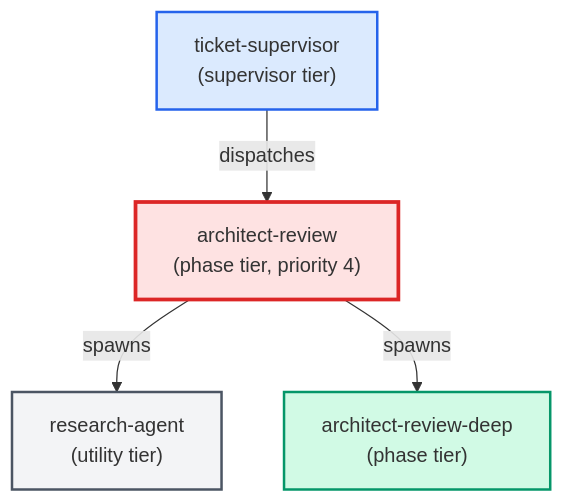
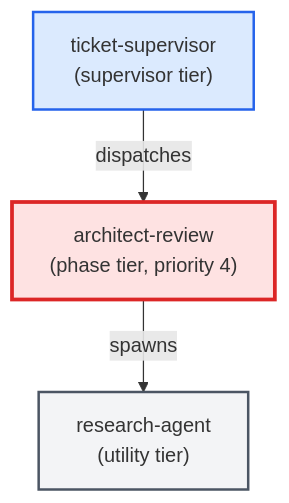
The diagram in docs/agents/cards/architect-review.card.md (urlmonitor/leafcutter-ai), drawn with Mermaid before and after one commit. The commit also changed other lines of this file and 79 other files, not shown here.

````diff
--- a/docs/agents/cards/architect-review.card.md
+++ b/docs/agents/cards/architect-review.card.md
@@ -52,16 +52,14 @@
 ```mermaid
 flowchart TD
     classDef supervisor fill:#dbeafe,stroke:#2563eb,stroke-width:2px
     classDef phase fill:#d1fae5,stroke:#059669,stroke-width:2px
     classDef utility fill:#f3f4f6,stroke:#4b5563,stroke-width:2px
     classDef target fill:#fee2e2,stroke:#dc2626,stroke-width:3px
 
     ticket_supervisor["ticket-supervisor\n(supervisor tier)"]:::supervisor
     architect_review["architect-review\n(phase tier, priority 4)"]:::target
     research_agent["research-agent\n(utility tier)"]:::utility
-    architect_review_deep["architect-review-deep\n(phase tier)"]:::phase
 
     ticket_supervisor -->|dispatches| architect_review
     architect_review -->|spawns| research_agent
-    architect_review -->|spawns| architect_review_deep
 ```
````
